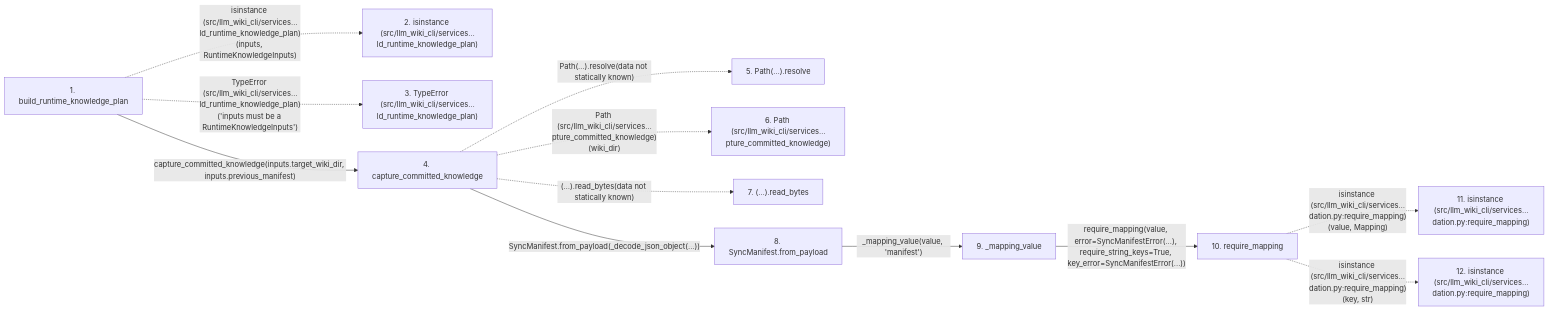
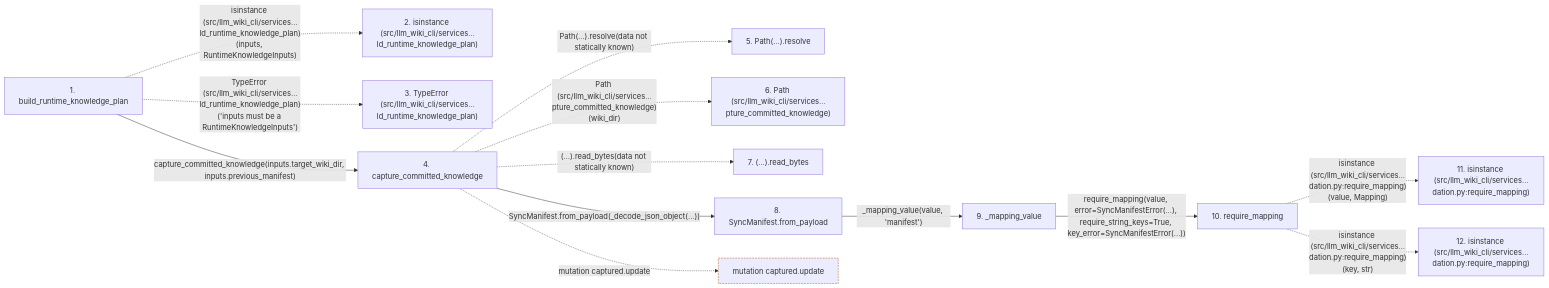
One commit to Denissvgn/python-wiki-llm changed the second of 2 diagrams in docs/llm_wiki/flows/api-build_runtime_knowledge_plan.md. Above: the diagram before and after it, drawn with Mermaid. The commit also changed other lines of this file and 6245 other files, not shown here.

````diff
--- a/docs/llm_wiki/flows/api-build_runtime_knowledge_plan.md
+++ b/docs/llm_wiki/flows/api-build_runtime_knowledge_plan.md
@@ -101,31 +103,35 @@
 ```mermaid
 flowchart LR
     s1["1. build_runtime_knowledge_plan"]
     s2["2. isinstance (src/llm_wiki_cli/services…ld_runtime_knowledge_plan)"]
     s3["3. TypeError (src/llm_wiki_cli/services…ld_runtime_knowledge_plan)"]
     s4["4. capture_committed_knowledge"]
     s5["5. Path(…).resolve"]
     s6["6. Path (src/llm_wiki_cli/services…pture_committed_knowledge)"]
     s7["7. (…).read_bytes"]
     s8["8. SyncManifest.from_payload"]
     s9["9. _mapping_value"]
     s10["10. require_mapping"]
     s11["11. isinstance (src/llm_wiki_cli/services…dation.py:require_mapping)"]
     s12["12. isinstance (src/llm_wiki_cli/services…dation.py:require_mapping)"]
     s1 -. "isinstance (src/llm_wiki_cli/services…ld_runtime_knowledge_plan)(inputs, RuntimeKnowledgeInputs)" .-> s2
     s1 -. "TypeError (src/llm_wiki_cli/services…ld_runtime_knowledge_plan)('inputs must be a RuntimeKnowledgeInputs')" .-> s3
     s1 -->|"capture_committed_knowledge(inputs.target_wiki_dir, inputs.previous_manifest)"| s4
     s4 -. "Path(…).resolve(data not statically known)" .-> s5
     s4 -. "Path (src/llm_wiki_cli/services…pture_committed_knowledge)(wiki_dir)" .-> s6
     s4 -. "(…).read_bytes(data not statically known)" .-> s7
     s4 -->|"SyncManifest.from_payload(_decode_json_object(...))"| s8
     s8 -->|"_mapping_value(value, 'manifest')"| s9
     s9 -->|"require_mapping(value, error=SyncManifestError(...), require_string_keys=True, key_error=SyncManifestError(...))"| s10
     s10 -. "isinstance (src/llm_wiki_cli/services…dation.py:require_mapping)(value, Mapping)" .-> s11
     s10 -. "isinstance (src/llm_wiki_cli/services…dation.py:require_mapping)(key, str)" .-> s12
+    b0["mutation captured.update"]
+    s4 -. "mutation captured.update" .-> b0
     click s1 "../modules/knowledge_orchestration.md"
     click s4 "../modules/knowledge_orchestration.md"
     click s8 "../modules/sync_manifest.md"
     click s9 "../modules/sync_manifest.md"
     click s10 "../modules/validation.md"
+    classDef boundary stroke:#b45309,stroke-dasharray: 4 2
+    class b0 boundary
 ```
````
